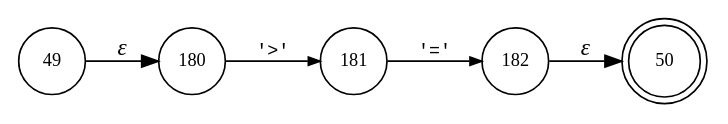
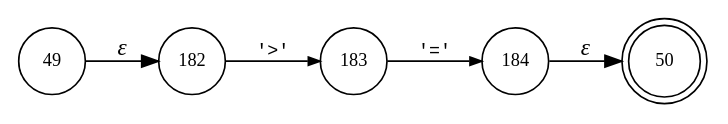
Before and after one commit to gar13177/Scanner: the diagram in src/grammar/ANTLR/decafLexer.T__12.dot, drawn with Graphviz. The commit also changed 226 other files, not shown here.

```diff
--- a/src/grammar/ANTLR/decafLexer.T__12.dot
+++ b/src/grammar/ANTLR/decafLexer.T__12.dot
@@ -1,12 +1,12 @@
 digraph ATN {
 rankdir=LR;
 s50[fontsize=11, label="50", shape=doublecircle, fixedsize=true, width=.6];
 s49[fontsize=11,label="49", shape=circle, fixedsize=true, width=.55, peripheries=1];
-s180[fontsize=11,label="180", shape=circle, fixedsize=true, width=.55, peripheries=1];
-s181[fontsize=11,label="181", shape=circle, fixedsize=true, width=.55, peripheries=1];
 s182[fontsize=11,label="182", shape=circle, fixedsize=true, width=.55, peripheries=1];
-s49 -> s180 [fontname="Times-Italic", label="&epsilon;"];
-s180 -> s181 [fontsize=11, fontname="Courier", arrowsize=.7, label = "'>'", arrowhead = normal];
-s181 -> s182 [fontsize=11, fontname="Courier", arrowsize=.7, label = "'='", arrowhead = normal];
-s182 -> s50 [fontname="Times-Italic", label="&epsilon;"];
+s183[fontsize=11,label="183", shape=circle, fixedsize=true, width=.55, peripheries=1];
+s184[fontsize=11,label="184", shape=circle, fixedsize=true, width=.55, peripheries=1];
+s49 -> s182 [fontname="Times-Italic", label="&epsilon;"];
+s182 -> s183 [fontsize=11, fontname="Courier", arrowsize=.7, label = "'>'", arrowhead = normal];
+s183 -> s184 [fontsize=11, fontname="Courier", arrowsize=.7, label = "'='", arrowhead = normal];
+s184 -> s50 [fontname="Times-Italic", label="&epsilon;"];
 }
```
